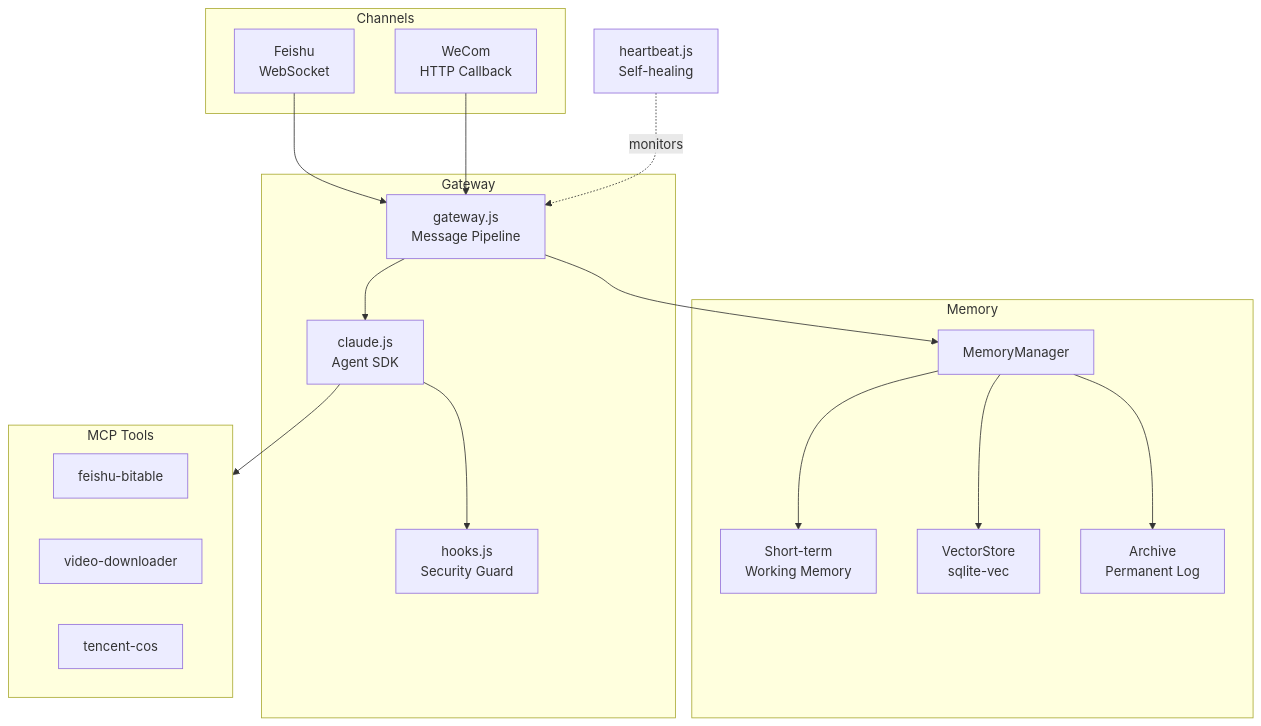
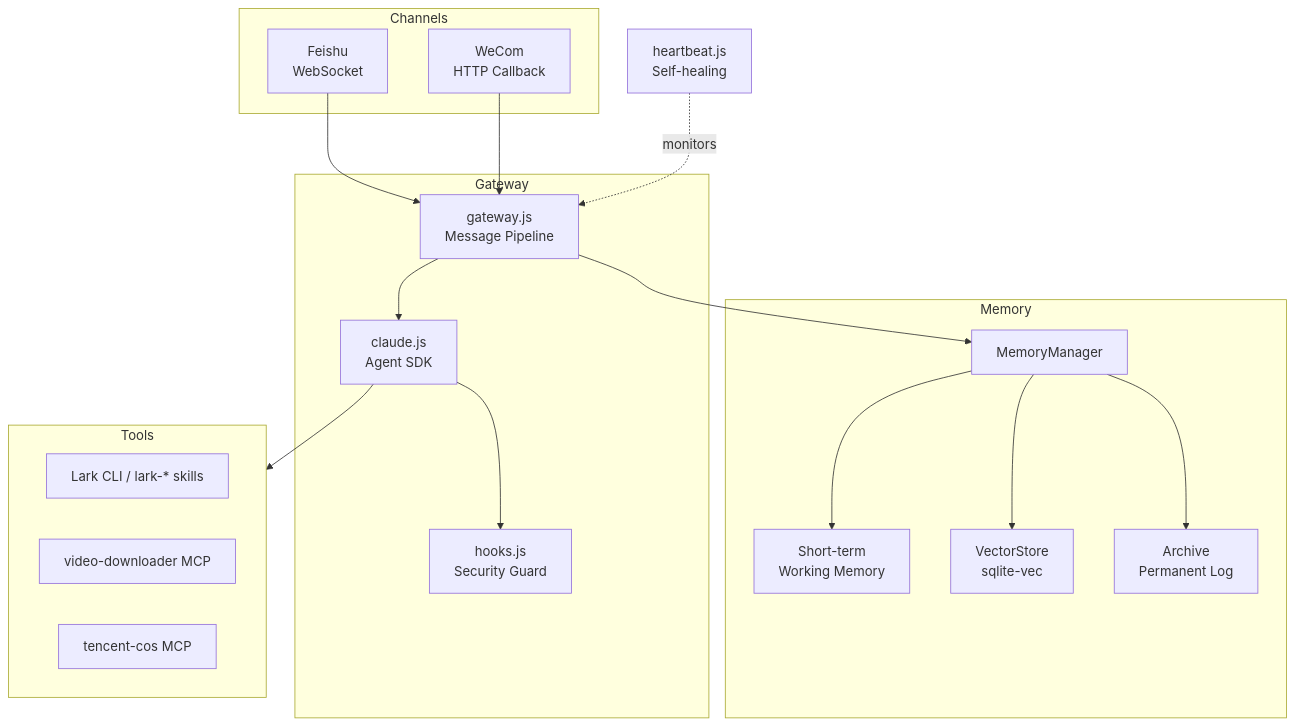
One commit to mistprismlabs/open-mist changed the diagram in README.en.md. Above: the diagram before and after it, drawn with Mermaid. The commit also changed other lines of this file and 1 other file, not shown here.

First line of the commit message:
docs: 更新工具模型，切换到 Lark CLI 架构表述

````diff
--- a/README.en.md
+++ b/README.en.md
@@ -54,39 +54,39 @@
 ```mermaid
 flowchart TB
     subgraph Channels
         F[Feishu<br>WebSocket]
         W[WeCom<br>HTTP Callback]
     end
 
     subgraph Gateway
         GW[gateway.js<br>Message Pipeline]
         CL[claude.js<br>Agent SDK]
         HK[hooks.js<br>Security Guard]
     end
 
     subgraph Memory
         MM[MemoryManager]
         ST[Short-term<br>Working Memory]
         VS[VectorStore<br>sqlite-vec]
         AR[Archive<br>Permanent Log]
     end
 
-    subgraph MCP["MCP Tools"]
-        MB[feishu-bitable]
-        MV[video-downloader]
-        MC[tencent-cos]
+    subgraph MCP["Tools"]
+        LL[Lark CLI / lark-* skills]
+        MV[video-downloader MCP]
+        MC[tencent-cos MCP]
     end
 
     HB[heartbeat.js<br>Self-healing]
 
     F --> GW
     W --> GW
     GW --> MM
     MM --> ST
     MM --> VS
     MM --> AR
     GW --> CL
     CL --> HK
     CL --> MCP
     HB -.->|monitors| GW
 ```
````
